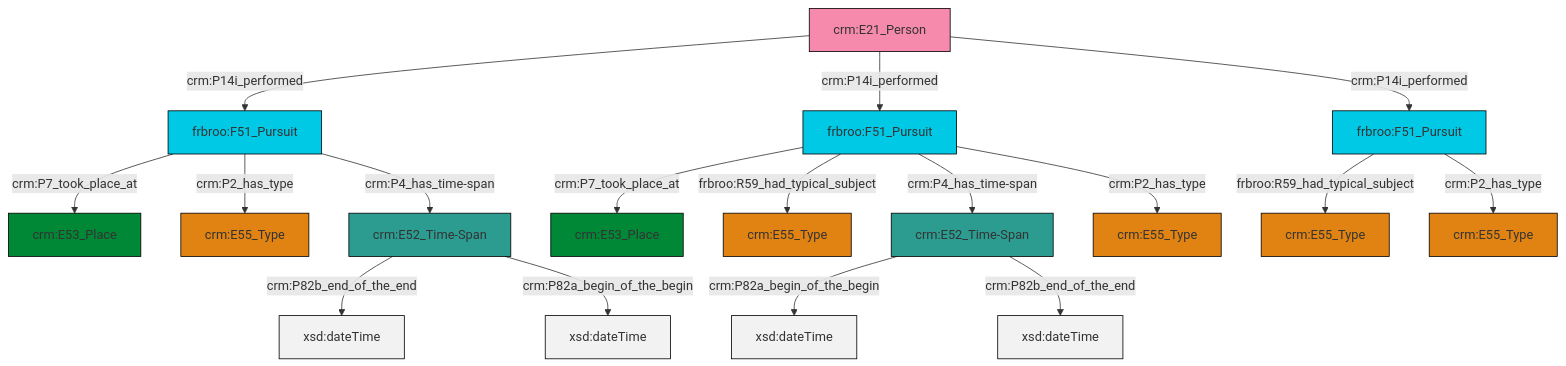
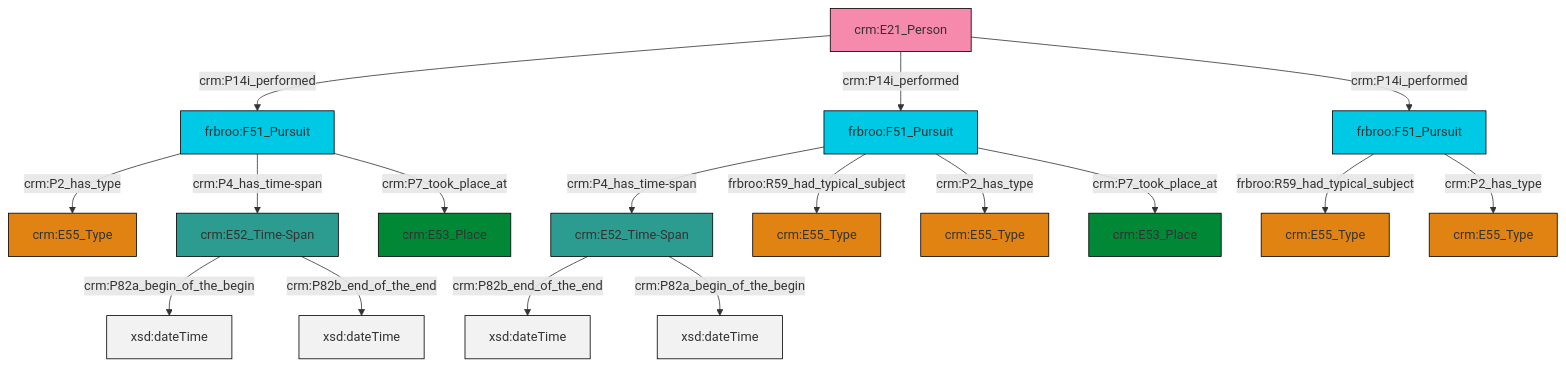
The diagram in et/personCSV/ttl/mmd/Person_Event.ttl.mmd (swiss-art-research-net/reference-data-models), drawn with Mermaid before and after one commit. The commit also changed 125 other files, not shown here.

```diff
--- a/et/personCSV/ttl/mmd/Person_Event.ttl.mmd
+++ b/et/personCSV/ttl/mmd/Person_Event.ttl.mmd
@@ -1,31 +1,31 @@
 graph TD
 classDef Literal fill:#f2f2f2,stroke:#000000;
 classDef CRM_Entity fill:#FFFFFF,stroke:#000000;
 classDef Temporal_Entity fill:#00C9E6, stroke:#000000;
 classDef Type fill:#E18312, stroke:#000000;
 classDef Time-Span fill:#2C9C91, stroke:#000000;
 classDef Appellation fill:#FFEB7F, stroke:#000000;
 classDef Place fill:#008836, stroke:#000000;
 classDef Persistent_Item fill:#B266B2, stroke:#000000;
 classDef Conceptual_Object fill:#FFD700, stroke:#000000;
 classDef Physical_Thing fill:#D2B48C, stroke:#000000;
 classDef Actor fill:#f58aad, stroke:#000000;
 classDef PC_Classes fill:#4ce600, stroke:#000000;
 classDef Multi fill:#cccccc,stroke:#000000;
 
-0["crm:E21_Person"]:::Actor -->|crm:P14i_performed| 1["frbroo:F51_Pursuit"]:::Temporal_Entity
-2["crm:E52_Time-Span"]:::Time-Span -->|crm:P82b_end_of_the_end| 3[xsd:dateTime]:::Literal
-4["frbroo:F51_Pursuit"]:::Temporal_Entity -->|frbroo:R59_had_typical_subject| 5["crm:E55_Type"]:::Type
-0["crm:E21_Person"]:::Actor -->|crm:P14i_performed| 7["frbroo:F51_Pursuit"]:::Temporal_Entity
-0["crm:E21_Person"]:::Actor -->|crm:P14i_performed| 4["frbroo:F51_Pursuit"]:::Temporal_Entity
-8["crm:E52_Time-Span"]:::Time-Span -->|crm:P82a_begin_of_the_begin| 9[xsd:dateTime]:::Literal
-1["frbroo:F51_Pursuit"]:::Temporal_Entity -->|crm:P7_took_place_at| 17["crm:E53_Place"]:::Place
-1["frbroo:F51_Pursuit"]:::Temporal_Entity -->|crm:P2_has_type| 15["crm:E55_Type"]:::Type
-1["frbroo:F51_Pursuit"]:::Temporal_Entity -->|crm:P4_has_time-span| 2["crm:E52_Time-Span"]:::Time-Span
-4["frbroo:F51_Pursuit"]:::Temporal_Entity -->|crm:P2_has_type| 10["crm:E55_Type"]:::Type
-8["crm:E52_Time-Span"]:::Time-Span -->|crm:P82b_end_of_the_end| 23[xsd:dateTime]:::Literal
-2["crm:E52_Time-Span"]:::Time-Span -->|crm:P82a_begin_of_the_begin| 26[xsd:dateTime]:::Literal
-7["frbroo:F51_Pursuit"]:::Temporal_Entity -->|crm:P7_took_place_at| 13["crm:E53_Place"]:::Place
-7["frbroo:F51_Pursuit"]:::Temporal_Entity -->|frbroo:R59_had_typical_subject| 18["crm:E55_Type"]:::Type
+0["frbroo:F51_Pursuit"]:::Temporal_Entity -->|frbroo:R59_had_typical_subject| 1["crm:E55_Type"]:::Type
 7["frbroo:F51_Pursuit"]:::Temporal_Entity -->|crm:P4_has_time-span| 8["crm:E52_Time-Span"]:::Time-Span
-7["frbroo:F51_Pursuit"]:::Temporal_Entity -->|crm:P2_has_type| 20["crm:E55_Type"]:::Type
+7["frbroo:F51_Pursuit"]:::Temporal_Entity -->|frbroo:R59_had_typical_subject| 9["crm:E55_Type"]:::Type
+7["frbroo:F51_Pursuit"]:::Temporal_Entity -->|crm:P2_has_type| 2["crm:E55_Type"]:::Type
+8["crm:E52_Time-Span"]:::Time-Span -->|crm:P82b_end_of_the_end| 14[xsd:dateTime]:::Literal
+15["crm:E52_Time-Span"]:::Time-Span -->|crm:P82a_begin_of_the_begin| 17[xsd:dateTime]:::Literal
+15["crm:E52_Time-Span"]:::Time-Span -->|crm:P82b_end_of_the_end| 18[xsd:dateTime]:::Literal
+7["frbroo:F51_Pursuit"]:::Temporal_Entity -->|crm:P7_took_place_at| 12["crm:E53_Place"]:::Place
+20["frbroo:F51_Pursuit"]:::Temporal_Entity -->|crm:P2_has_type| 5["crm:E55_Type"]:::Type
+21["crm:E21_Person"]:::Actor -->|crm:P14i_performed| 20["frbroo:F51_Pursuit"]:::Temporal_Entity
+0["frbroo:F51_Pursuit"]:::Temporal_Entity -->|crm:P2_has_type| 10["crm:E55_Type"]:::Type
+21["crm:E21_Person"]:::Actor -->|crm:P14i_performed| 7["frbroo:F51_Pursuit"]:::Temporal_Entity
+20["frbroo:F51_Pursuit"]:::Temporal_Entity -->|crm:P4_has_time-span| 15["crm:E52_Time-Span"]:::Time-Span
+20["frbroo:F51_Pursuit"]:::Temporal_Entity -->|crm:P7_took_place_at| 26["crm:E53_Place"]:::Place
+21["crm:E21_Person"]:::Actor -->|crm:P14i_performed| 0["frbroo:F51_Pursuit"]:::Temporal_Entity
+8["crm:E52_Time-Span"]:::Time-Span -->|crm:P82a_begin_of_the_begin| 28[xsd:dateTime]:::Literal
```
